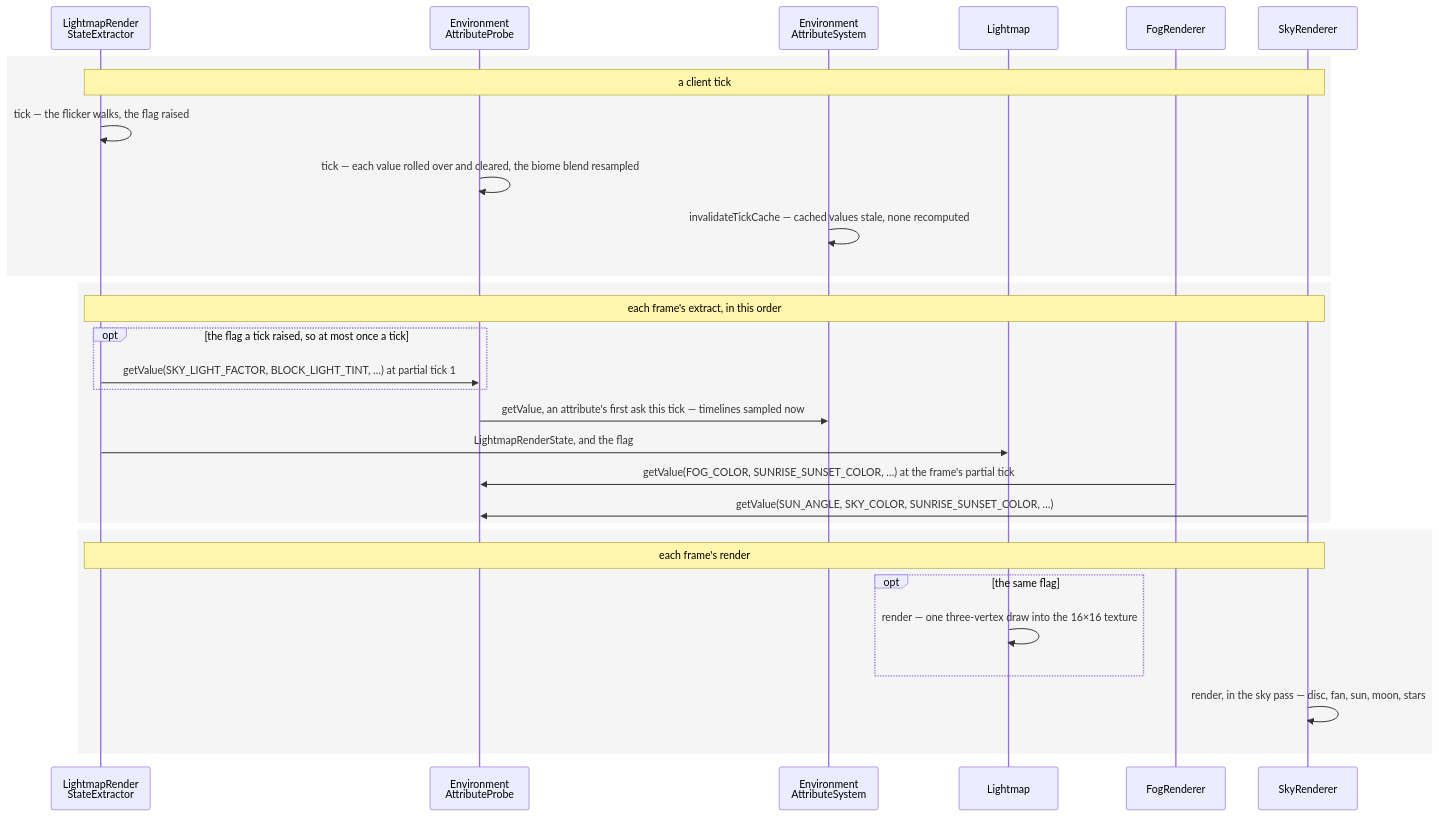
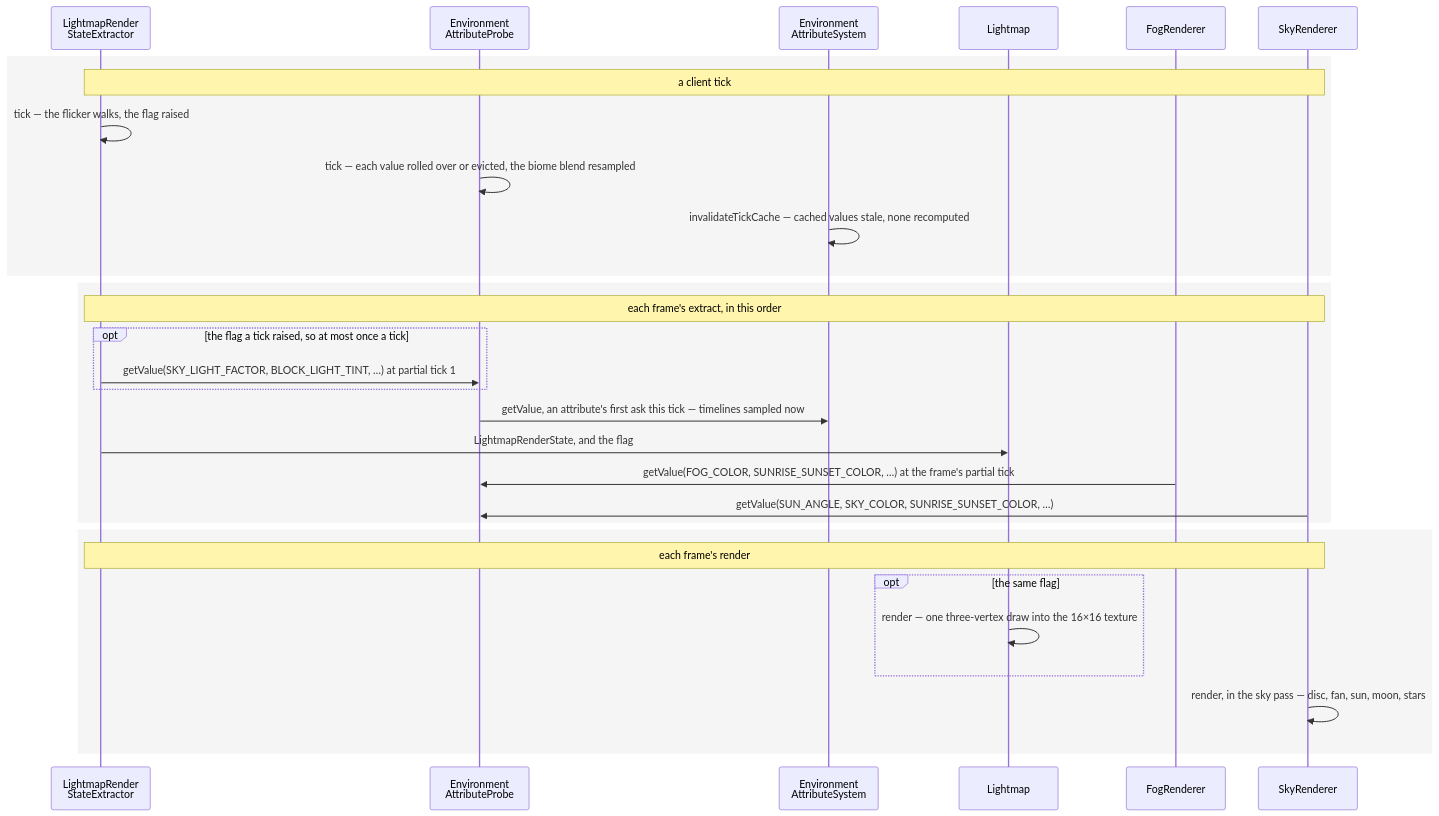
Before and after one commit to AlexanderjFraser/MinecraftDocs: the diagram in src/systems/rendering/lightmap-fog-and-sky.md, drawn with Mermaid. The commit also changed other lines of this file and 18 other files, not shown here.

````diff
--- a/src/systems/rendering/lightmap-fog-and-sky.md
+++ b/src/systems/rendering/lightmap-fog-and-sky.md
@@ -93,33 +94,33 @@
 ```mermaid
 sequenceDiagram
     participant LRSE as LightmapRender<br/>StateExtractor
     participant EAP as Environment<br/>AttributeProbe
     participant EAS as Environment<br/>AttributeSystem
     participant LM as Lightmap
     participant FR as FogRenderer
     participant SR as SkyRenderer
 
     rect rgba(0, 0, 0, 0.04)
     Note over LRSE,SR: a client tick
     LRSE->>LRSE: tick — the flicker walks, the flag raised
-    EAP->>EAP: tick — each value rolled over and cleared, the biome blend resampled
+    EAP->>EAP: tick — each value rolled over or evicted, the biome blend resampled
     EAS->>EAS: invalidateTickCache — cached values stale, none recomputed
     end
     rect rgba(0, 0, 0, 0.04)
     Note over LRSE,SR: each frame's extract, in this order
     opt the flag a tick raised, so at most once a tick
         LRSE->>EAP: getValue(SKY_LIGHT_FACTOR, BLOCK_LIGHT_TINT, …) at partial tick 1
     end
     EAP->>EAS: getValue, an attribute's first ask this tick — timelines sampled now
     LRSE->>LM: LightmapRenderState, and the flag
     FR->>EAP: getValue(FOG_COLOR, SUNRISE_SUNSET_COLOR, …) at the frame's partial tick
     SR->>EAP: getValue(SUN_ANGLE, SKY_COLOR, SUNRISE_SUNSET_COLOR, …)
     end
     rect rgba(0, 0, 0, 0.04)
     Note over LRSE,SR: each frame's render
     opt the same flag
         LM->>LM: render — one three-vertex draw into the 16×16 texture
     end
     SR->>SR: render, in the sky pass — disc, fan, sun, moon, stars
     end
 ```
````
